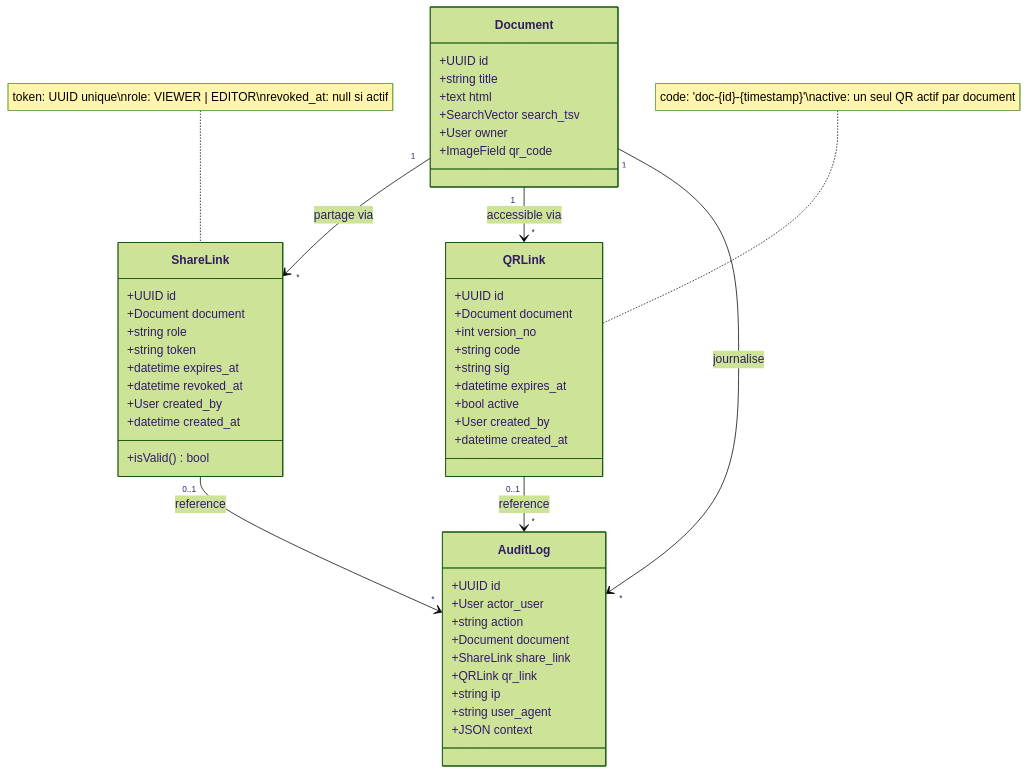
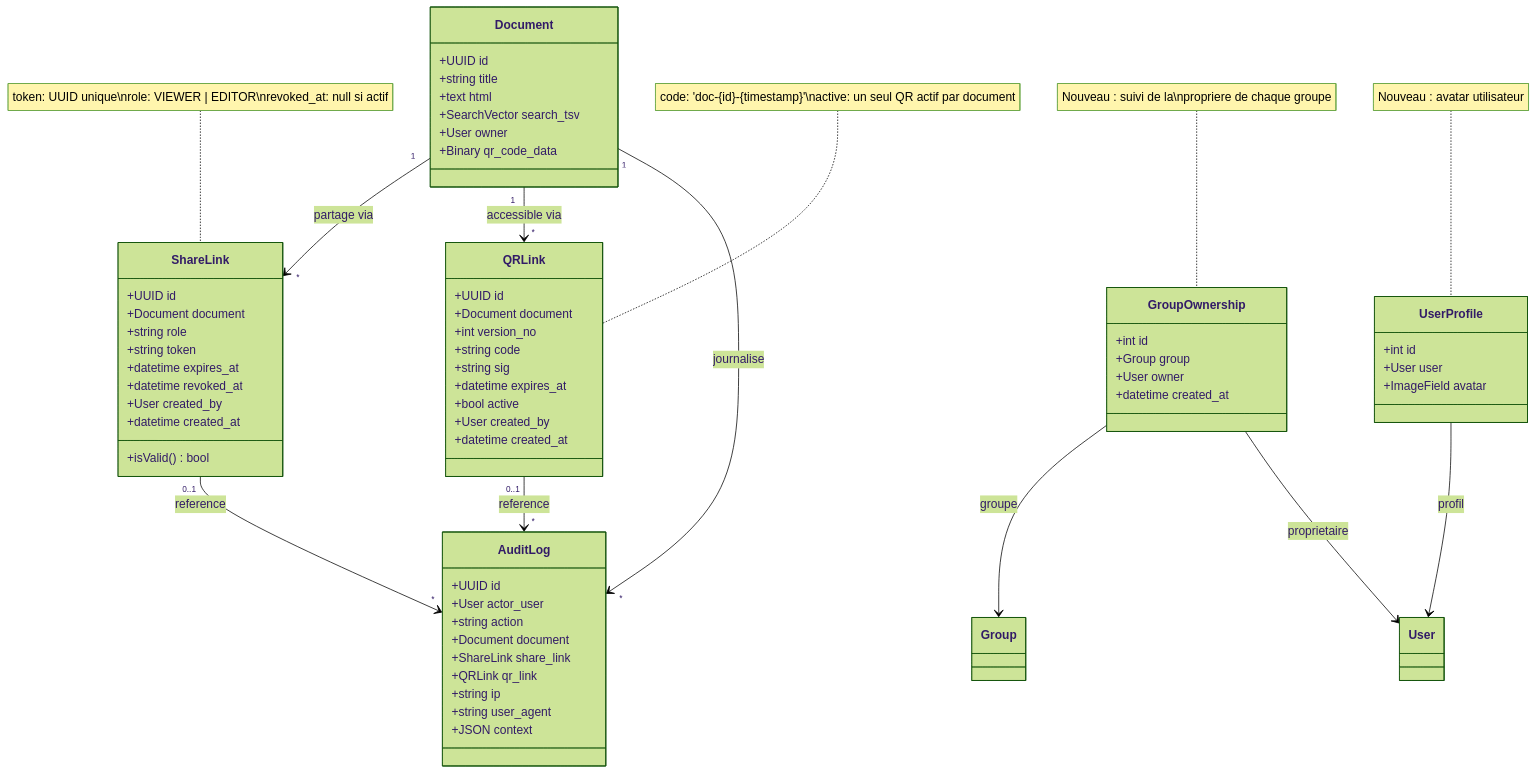
Before and after one commit to mohamedYassinChayada/stage-perf: the sixth of 8 diagrams in rapport/chapitre-5-sprint3-partage-recherche.md, drawn with Mermaid (forest theme). The commit also changed other lines of this file and 7 other files, not shown here.

First line of the commit message:
feat: Update UML diagrams and documentation for new features

````diff
--- a/rapport/chapitre-5-sprint3-partage-recherche.md
+++ b/rapport/chapitre-5-sprint3-partage-recherche.md
@@ -149,56 +200,74 @@
 ```mermaid
 classDiagram
     class Document {
         +UUID id
         +string title
         +text html
         +SearchVector search_tsv
         +User owner
-        +ImageField qr_code
+        +Binary qr_code_data
     }
 
     class ShareLink {
         +UUID id
         +Document document
         +string role
         +string token
         +datetime expires_at
         +datetime revoked_at
         +User created_by
         +datetime created_at
         +isValid() bool
     }
 
     class QRLink {
         +UUID id
         +Document document
         +int version_no
         +string code
         +string sig
         +datetime expires_at
         +bool active
         +User created_by
         +datetime created_at
     }
 
     class AuditLog {
         +UUID id
         +User actor_user
         +string action
         +Document document
         +ShareLink share_link
         +QRLink qr_link
         +string ip
         +string user_agent
         +JSON context
     }
 
+    class GroupOwnership {
+        +int id
+        +Group group
+        +User owner
+        +datetime created_at
+    }
+
+    class UserProfile {
+        +int id
+        +User user
+        +ImageField avatar
+    }
+
     Document "1" --> "*" ShareLink : partage via
     Document "1" --> "*" QRLink : accessible via
     Document "1" --> "*" AuditLog : journalise
     ShareLink "0..1" --> "*" AuditLog : reference
     QRLink "0..1" --> "*" AuditLog : reference
+    GroupOwnership --> Group : groupe
+    GroupOwnership --> User : proprietaire
+    UserProfile --> User : profil
 
     note for ShareLink "token: UUID unique\nrole: VIEWER | EDITOR\nrevoked_at: null si actif"
     note for QRLink "code: 'doc-{id}-{timestamp}'\nactive: un seul QR actif par document"
+    note for GroupOwnership "Nouveau : suivi de la\npropriere de chaque groupe"
+    note for UserProfile "Nouveau : avatar utilisateur"
 ```
````
